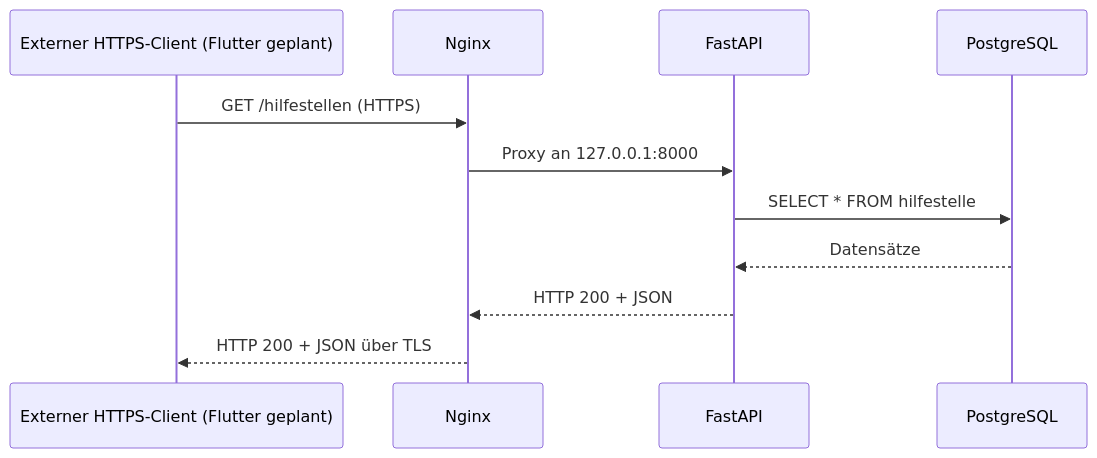
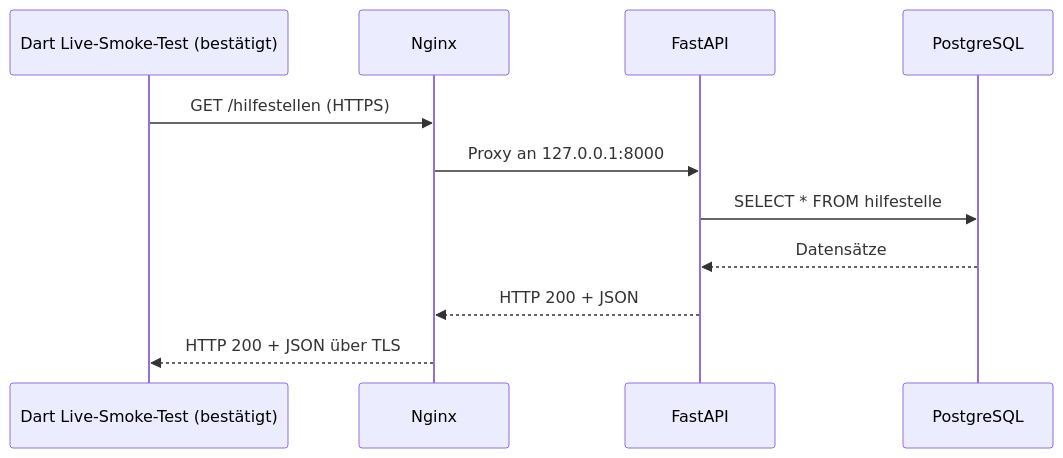
Before and after one commit to Pferdusmaximus/YANA-A-B-S: the second of 2 diagrams in docs/technik/architektur.md, drawn with Mermaid. The commit also changed other lines of this file and 17 other files, not shown here.

````diff
--- a/docs/technik/architektur.md
+++ b/docs/technik/architektur.md
@@ -45,13 +45,13 @@
 ```mermaid
 sequenceDiagram
-    participant Client as Externer HTTPS-Client (Flutter geplant)
+    participant Client as Dart Live-Smoke-Test (bestätigt)
     participant N as Nginx
     participant API as FastAPI
     participant PG as PostgreSQL
     Client->>N: GET /hilfestellen (HTTPS)
     N->>API: Proxy an 127.0.0.1:8000
     API->>PG: SELECT * FROM hilfestelle
     PG-->>API: Datensätze
     API-->>N: HTTP 200 + JSON
     N-->>Client: HTTP 200 + JSON über TLS
 ```
````
